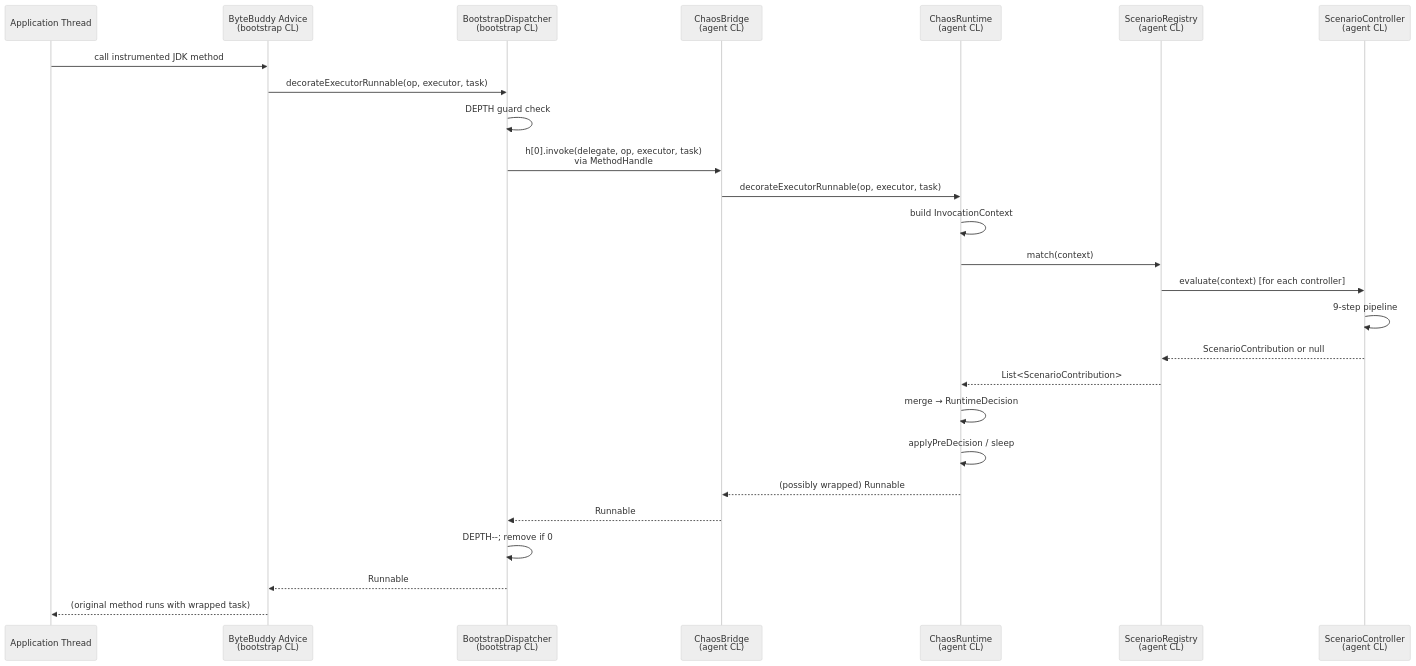
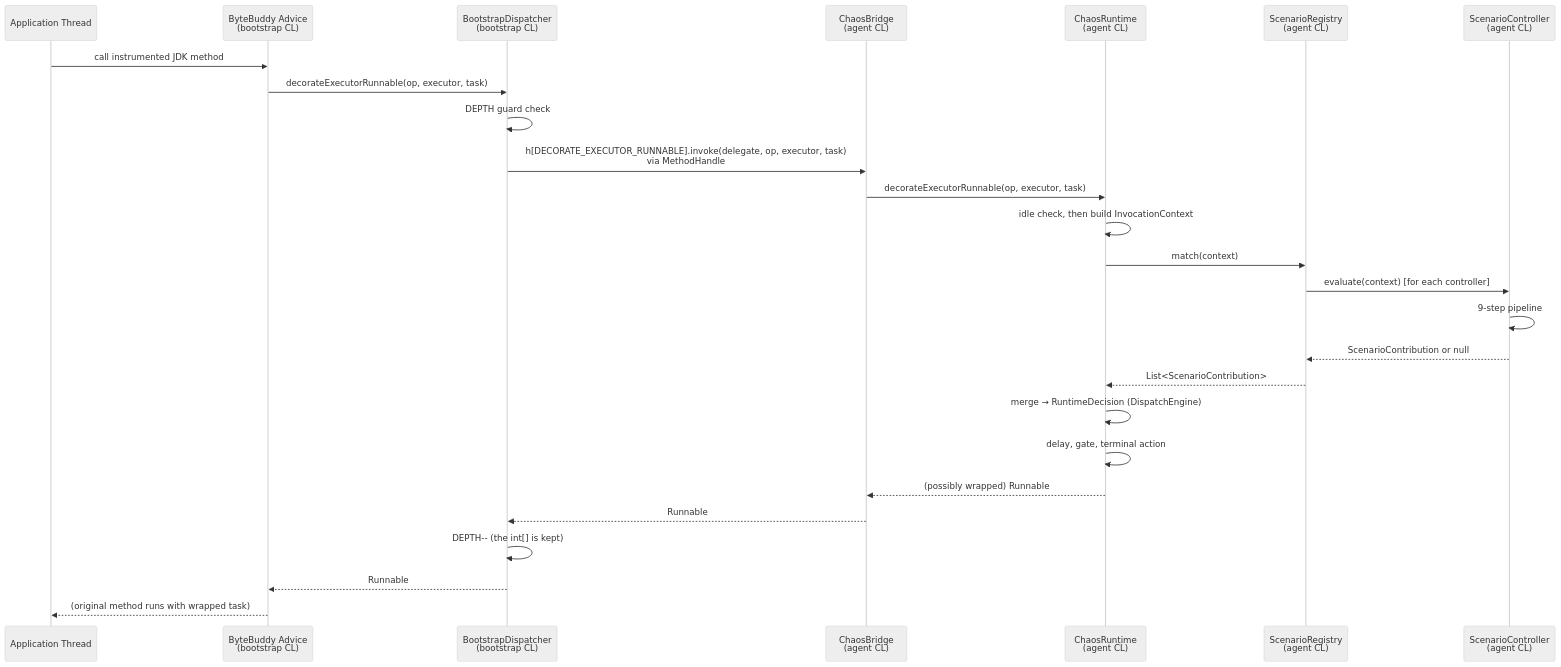
The second of 4 diagrams in docs/overall-agent.md (macstab/macstab-chaos-jvm-agent), drawn with Mermaid (neutral theme) before and after one commit. The commit also changed other lines of this file and 5 other files, not shown here.

````diff
--- a/docs/overall-agent.md
+++ b/docs/overall-agent.md
@@ -344,28 +355,28 @@
 ```mermaid
 sequenceDiagram
   participant T as Application Thread
   participant A as ByteBuddy Advice<br/>(bootstrap CL)
   participant BD as BootstrapDispatcher<br/>(bootstrap CL)
   participant CB as ChaosBridge<br/>(agent CL)
   participant CR as ChaosRuntime<br/>(agent CL)
   participant SR as ScenarioRegistry<br/>(agent CL)
   participant SC as ScenarioController<br/>(agent CL)
   T->>A: call instrumented JDK method
   A->>BD: decorateExecutorRunnable(op, executor, task)
   BD->>BD: DEPTH guard check
-  BD->>CB: h[0].invoke(delegate, op, executor, task)<br/>via MethodHandle
+  BD->>CB: h[DECORATE_EXECUTOR_RUNNABLE].invoke(delegate, op, executor, task)<br/>via MethodHandle
   CB->>CR: decorateExecutorRunnable(op, executor, task)
-  CR->>CR: build InvocationContext
+  CR->>CR: idle check, then build InvocationContext
   CR->>SR: match(context)
   SR->>SC: evaluate(context) [for each controller]
   SC->>SC: 9-step pipeline
   SC-->>SR: ScenarioContribution or null
   SR-->>CR: List#lt;ScenarioContribution#gt;
-  CR->>CR: merge → RuntimeDecision
-  CR->>CR: applyPreDecision / sleep
+  CR->>CR: merge → RuntimeDecision (DispatchEngine)
+  CR->>CR: delay, gate, terminal action
   CR-->>CB: (possibly wrapped) Runnable
   CB-->>BD: Runnable
-  BD->>BD: DEPTH--#59; remove if 0
+  BD->>BD: DEPTH-- (the int[] is kept)
   BD-->>A: Runnable
   A-->>T: (original method runs with wrapped task)
 ```
````
